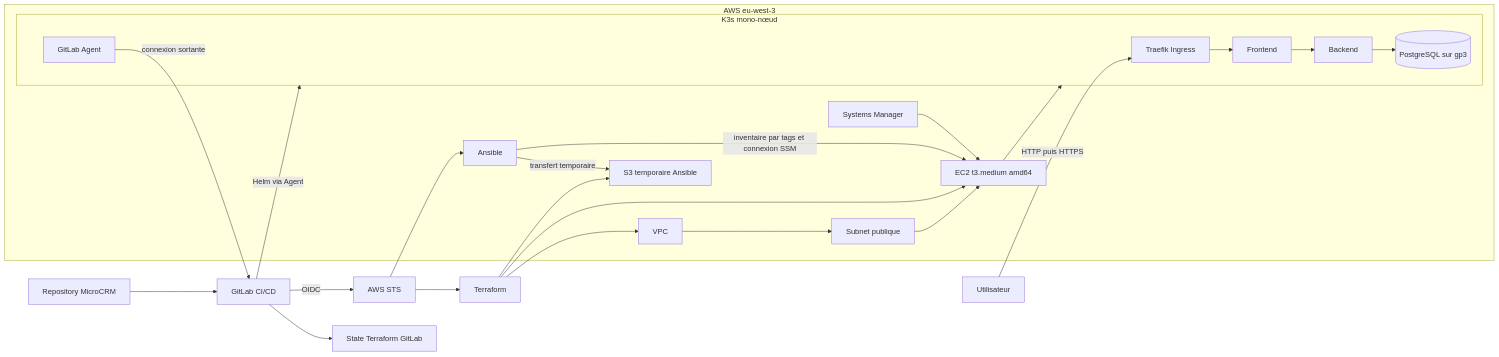
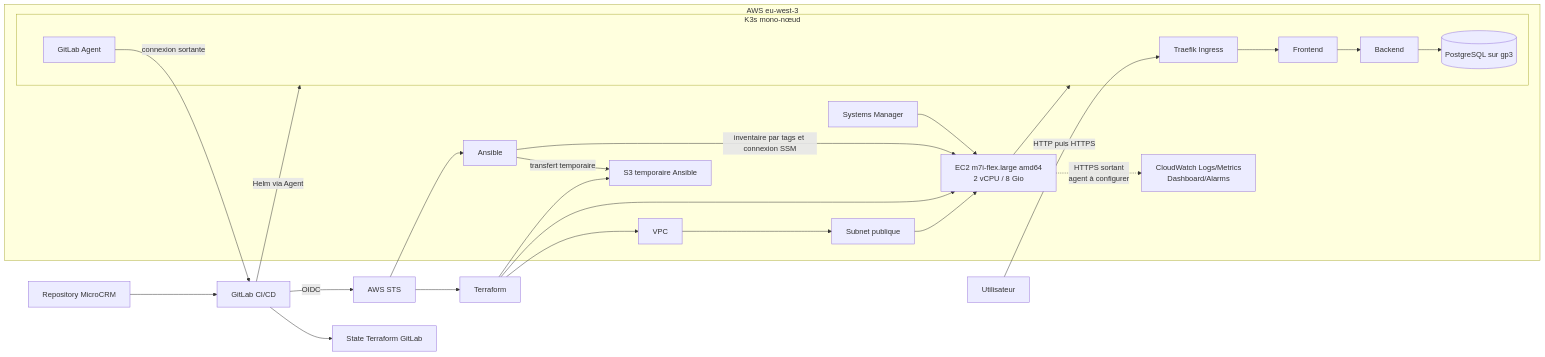
Before and after one commit to jrdora31/p6-devops-strategy: the diagram in documentation/diagrammes/architecture_aws.md, drawn with Mermaid. The commit also changed 15 other files, not shown here.

````diff
--- a/documentation/diagrammes/architecture_aws.md
+++ b/documentation/diagrammes/architecture_aws.md
@@ -5,37 +5,39 @@
 ```mermaid
 flowchart LR
     DEV[Repository MicroCRM] --> CI[GitLab CI/CD]
     CI --> STATE[State Terraform GitLab]
     CI -->|OIDC| STS[AWS STS]
     STS --> TF[Terraform]
     STS --> ANS[Ansible]
 
     subgraph AWS[AWS eu-west-3]
         VPC[VPC]
         SUBNET[Subnet publique]
-        EC2[EC2 t3.medium amd64]
+        EC2[EC2 m7i-flex.large amd64\n2 vCPU / 8 Gio]
         S3[S3 temporaire Ansible]
         SSM[Systems Manager]
+        CW[CloudWatch Logs/Metrics\nDashboard/Alarms]
 
         subgraph K3S[K3s mono-nœud]
             TRAEFIK[Traefik Ingress]
             AGENT[GitLab Agent]
             FRONT[Frontend]
             BACK[Backend]
             DB[(PostgreSQL sur gp3)]
         end
 
         VPC --> SUBNET --> EC2 --> K3S
         SSM --> EC2
+        EC2 -.->|HTTPS sortant\nagent à configurer| CW
         ANS -->|transfert temporaire| S3
         TRAEFIK --> FRONT --> BACK --> DB
     end
 
     TF --> VPC
     TF --> EC2
     TF --> S3
     ANS -->|inventaire par tags et connexion SSM| EC2
     AGENT -->|connexion sortante| CI
     CI -->|Helm via Agent| K3S
     USER[Utilisateur] -->|HTTP puis HTTPS| TRAEFIK
 ```
````
